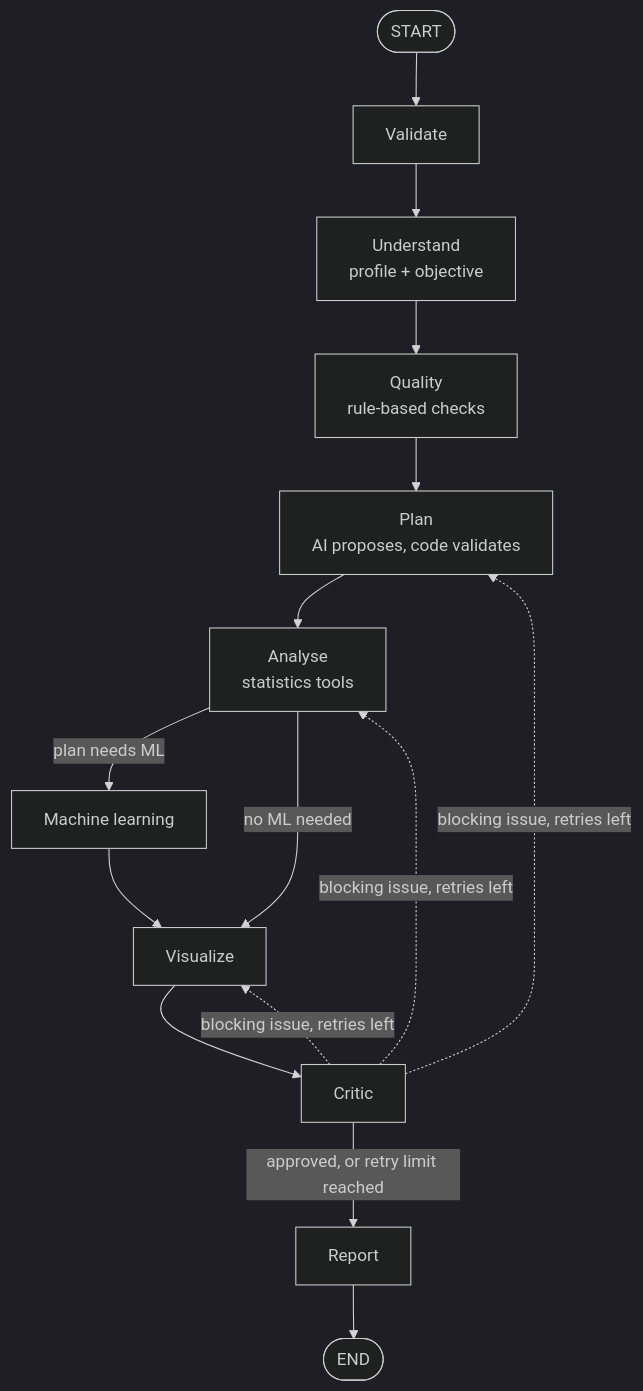
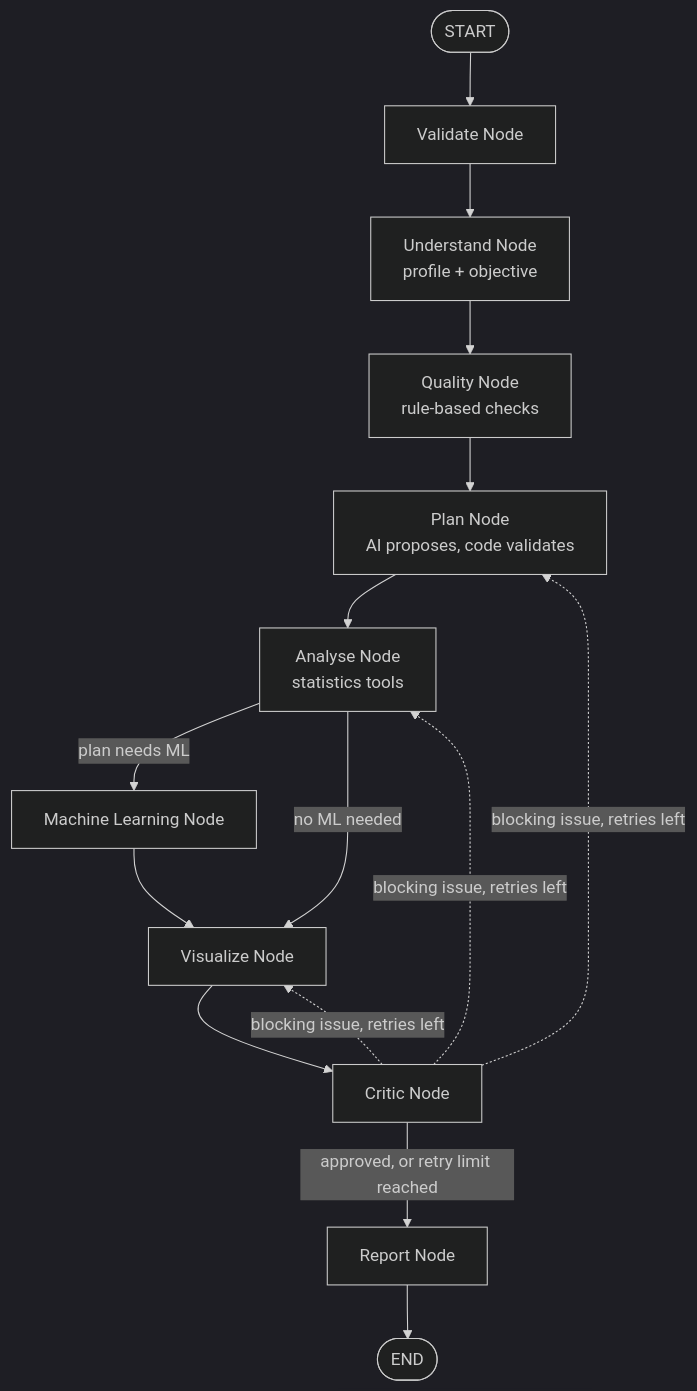
Before and after one commit to krishnendunaiir/ByteFlow: the diagram in README.md, drawn with Mermaid (dark theme). The commit also changed other lines of this file, not shown here.

````diff
--- a/README.md
+++ b/README.md
@@ -59,16 +26,16 @@
 ```mermaid
 flowchart TD
-    S([START]) --> V[Validate]
-    V --> U[Understand<br/>profile + objective]
-    U --> Q[Quality<br/>rule-based checks]
-    Q --> P[Plan<br/>AI proposes, code validates]
-    P --> A[Analyse<br/>statistics tools]
-    A -->|plan needs ML| M[Machine learning]
-    A -->|no ML needed| Z[Visualize]
+    S([START]) --> V[Validate Node]
+    V --> U[Understand Node<br/>profile + objective]
+    U --> Q[Quality Node<br/>rule-based checks]
+    Q --> P[Plan Node<br/>AI proposes, code validates]
+    P --> A[Analyse Node<br/>statistics tools]
+    A -->|plan needs ML| M[Machine Learning Node]
+    A -->|no ML needed| Z[Visualize Node]
     M --> Z
-    Z --> C[Critic]
-    C -->|approved, or retry limit reached| R[Report] --> E([END])
+    Z --> C[Critic Node]
+    C -->|approved, or retry limit reached| R[Report Node] --> E([END])
     C -.->|blocking issue, retries left| P
     C -.->|blocking issue, retries left| A
     C -.->|blocking issue, retries left| Z
 ```
````
